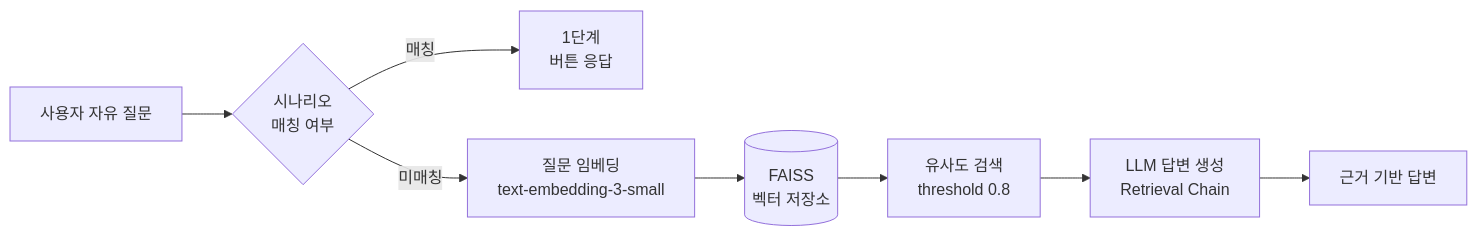
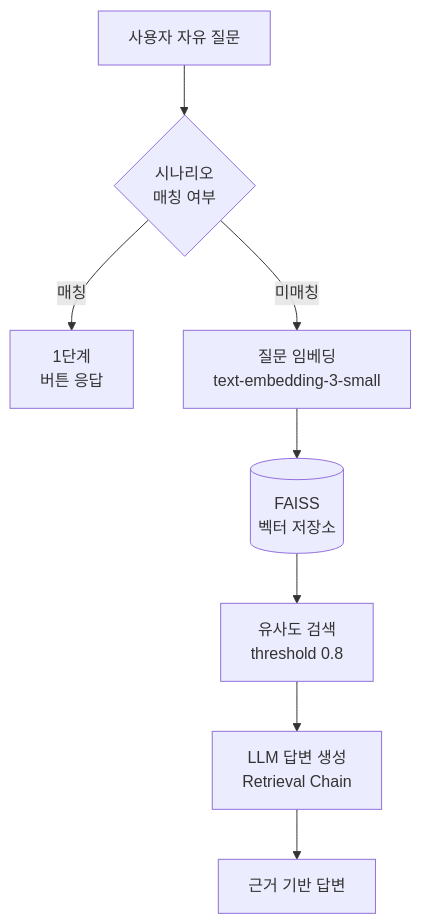
The third of 3 diagrams in README.md (minjaejeon0827/KakaoChatbot), drawn with Mermaid before and after one commit. The commit also changed other lines of this file, not shown here.

````diff
--- a/README.md
+++ b/README.md
@@ -557,10 +558,10 @@
 ```mermaid
-flowchart LR
+flowchart TB
     Q["사용자 자유 질문"] --> R{"시나리오<br/>매칭 여부"}
     R -->|"매칭"| B["1단계<br/>버튼 응답"]
     R -->|"미매칭"| E["질문 임베딩<br/>text-embedding-3-small"]
     E --> V[("FAISS<br/>벡터 저장소")]
     V --> S["유사도 검색<br/>threshold 0.8"]
     S --> L["LLM 답변 생성<br/>Retrieval Chain"]
     L --> A["근거 기반 답변"]
 ```
````
